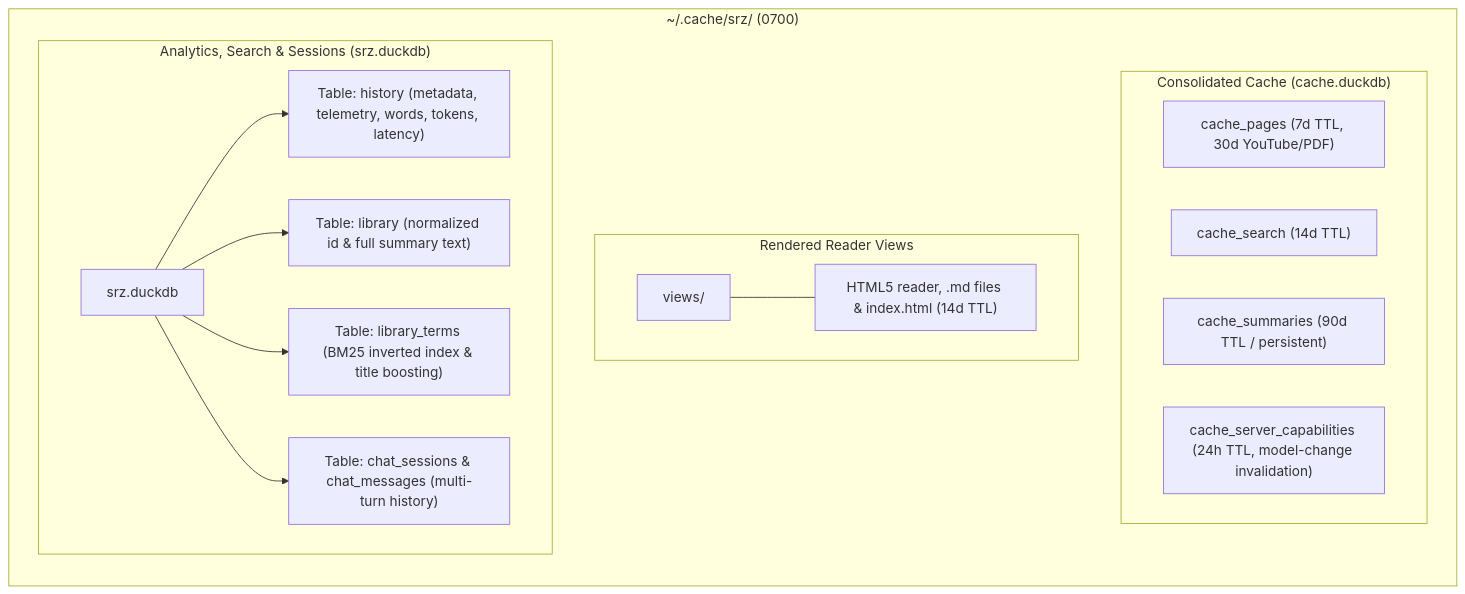
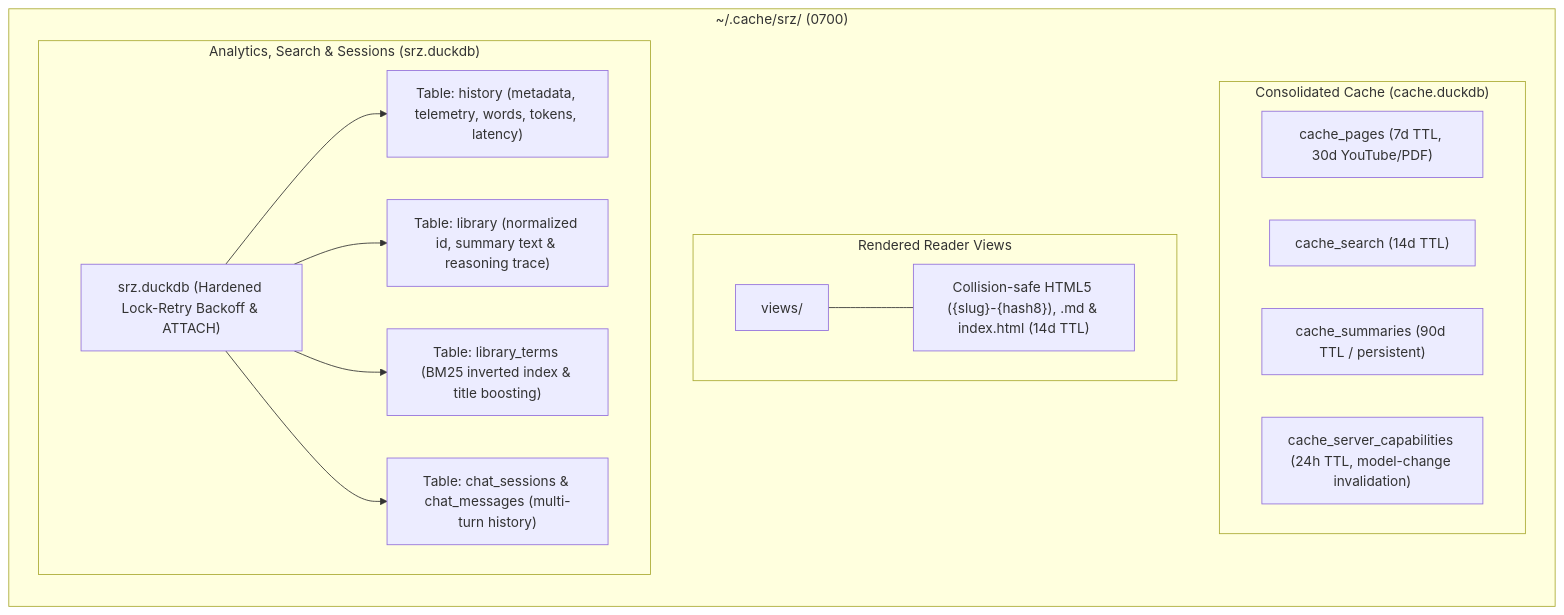
The fourth of 4 diagrams in docs/src/architecture.md (NewGuy012/srz), drawn with Mermaid before and after one commit. The commit also changed other lines of this file, not shown here.

Commit message:
docs: update subsystem 4 architecture documentation and mermaid diagram

````diff
--- a/docs/src/architecture.md
+++ b/docs/src/architecture.md
@@ -280,21 +307,21 @@
 ```mermaid
 graph LR
     subgraph Root["~/.cache/srz/ (0700)"]
         subgraph CacheEngine["Consolidated Cache (cache.duckdb)"]
             CP["cache_pages (7d TTL, 30d YouTube/PDF)"]
             CS["cache_search (14d TTL)"]
             CM["cache_summaries (90d TTL / persistent)"]
             CC["cache_server_capabilities (24h TTL, model-change invalidation)"]
         end
         subgraph ViewsDir["Rendered Reader Views"]
-            V["views/"] --- V_desc["HTML5 reader, .md files & index.html (14d TTL)"]
+            V["views/"] --- V_desc["Collision-safe HTML5 ({slug}-{hash8}), .md & index.html (14d TTL)"]
         end
         subgraph LibraryDB["Analytics, Search & Sessions (srz.duckdb)"]
-            D["srz.duckdb"]
+            D["srz.duckdb (Hardened Lock-Retry Backoff & ATTACH)"]
             D --> T1["Table: history (metadata, telemetry, words, tokens, latency)"]
-            D --> T2["Table: library (normalized id & full summary text)"]
+            D --> T2["Table: library (normalized id, summary text & reasoning trace)"]
             D --> T3["Table: library_terms (BM25 inverted index & title boosting)"]
             D --> T4["Table: chat_sessions & chat_messages (multi-turn history)"]
         end
     end
 ```
````
